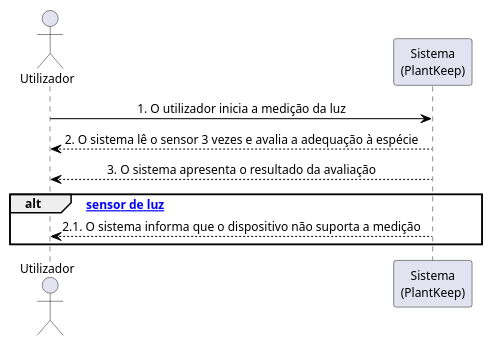
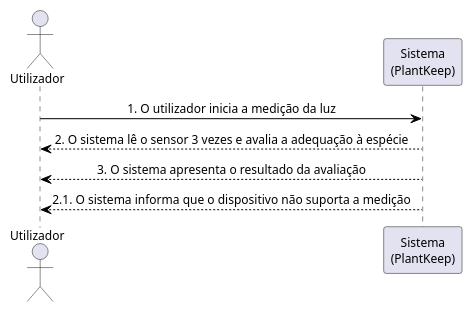
One commit to compaqle/DSSMV_ProjectDroid_1251486_1251506 changed the diagram in .docs/diagramas/SSDs/uc08.puml. Above: the diagram before and after it, drawn with PlantUML. The commit also changed 9 other files, not shown here.

```diff
--- a/.docs/diagramas/SSDs/uc08.puml
+++ b/.docs/diagramas/SSDs/uc08.puml
@@ -1,14 +1,12 @@
 @startuml
 skinparam defaultFontSize 12
 skinparam sequenceMessageAlign center
 skinparam ArrowColor #000000
 skinparam sequenceArrowColor #000000
 actor "Utilizador" as u
 participant "Sistema\n(PlantKeep)" as s
 u -> s : 1. O utilizador inicia a medição da luz
 s --> u : 2. O sistema lê o sensor 3 vezes e avalia a adequação à espécie
 s --> u : 3. O sistema apresenta o resultado da avaliação
-alt [Sem sensor de luz]
-    s --> u : 2.1. O sistema informa que o dispositivo não suporta a medição
-end
+s --> u : 2.1. O sistema informa que o dispositivo não suporta a medição
 @enduml
```
